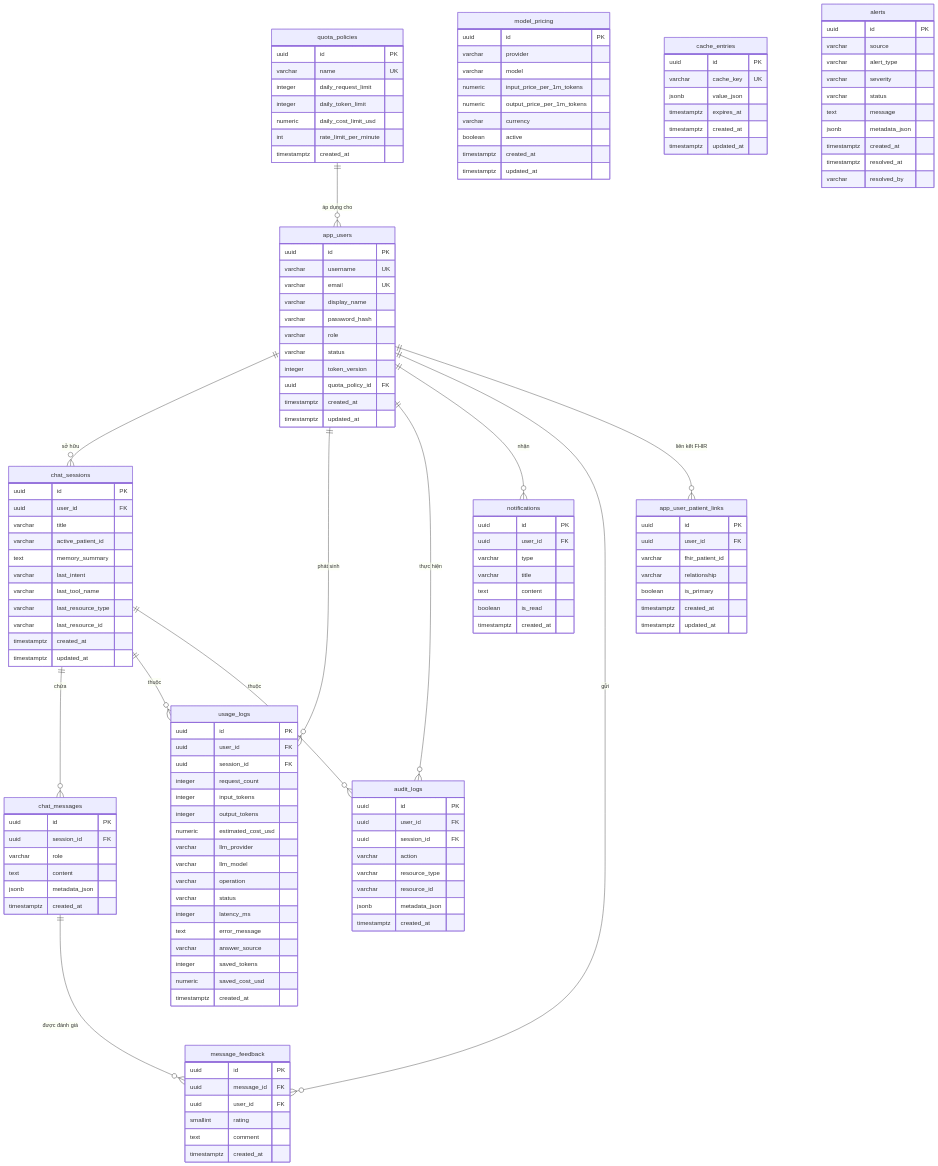
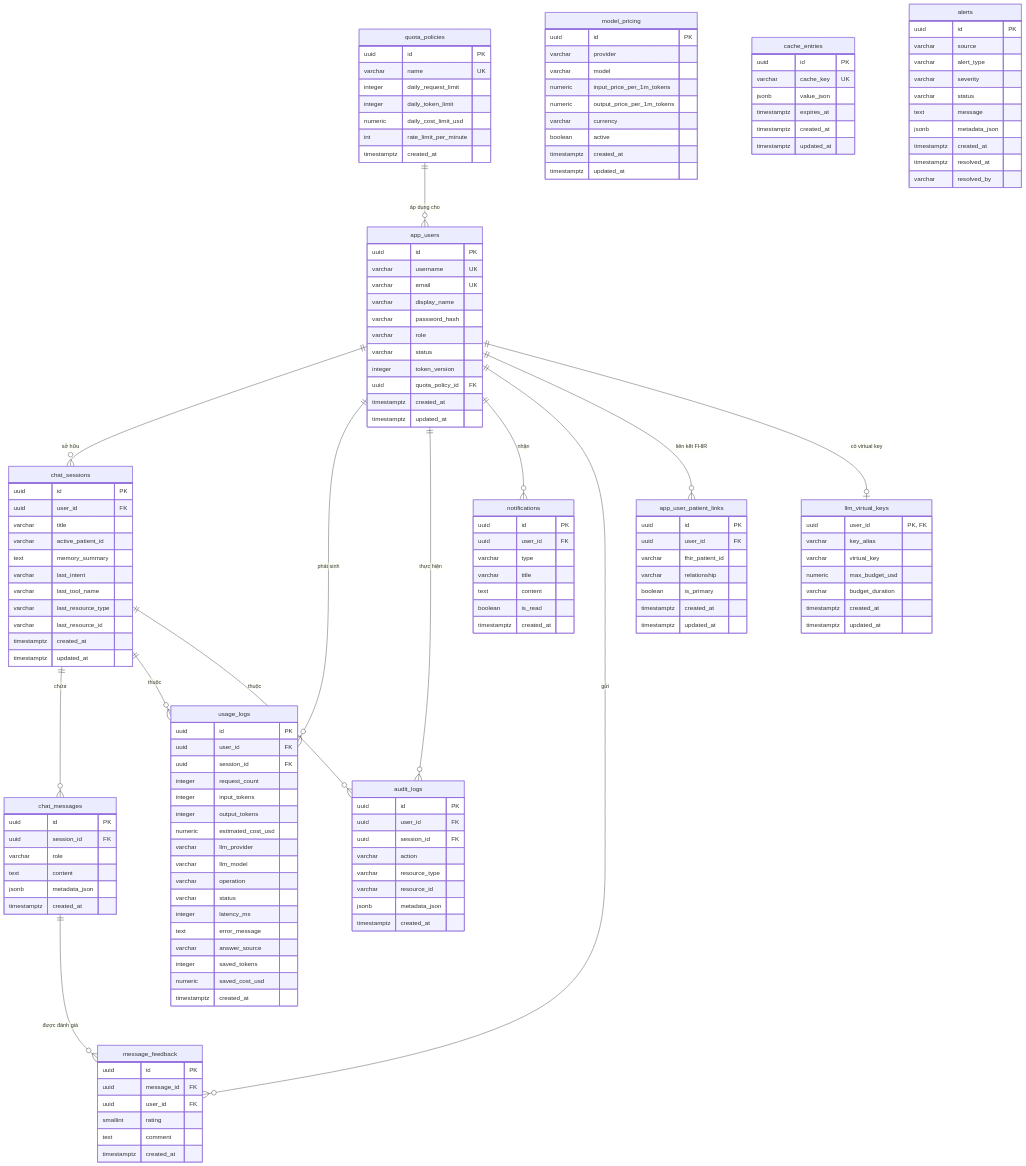
Before and after one commit to Hnd8604/medical-chatbot-system: the diagram in spring-backend/docs/m12-database-erd.md, drawn with Mermaid. The commit also changed other lines of this file and 18 other files, not shown here.

```diff
--- a/spring-backend/docs/m12-database-erd.md
+++ b/spring-backend/docs/m12-database-erd.md
@@ -26,6 +31,7 @@
     chat_messages    ||--o{ message_feedback        : "được đánh giá"
     app_users        ||--o{ message_feedback        : "gửi"
     app_users        ||--o{ app_user_patient_links  : "liên kết FHIR"
+    app_users        ||--o| llm_virtual_keys        : "có virtual key"
 
     quota_policies {
         uuid        id PK
@@ -134,6 +140,16 @@
         timestamptz updated_at
     }
 
+    llm_virtual_keys {
+        uuid        user_id "PK, FK"
+        varchar     key_alias
+        varchar     virtual_key
+        numeric     max_budget_usd
+        varchar     budget_duration
+        timestamptz created_at
+        timestamptz updated_at
+    }
+
     model_pricing {
         uuid        id PK
         varchar     provider
```
